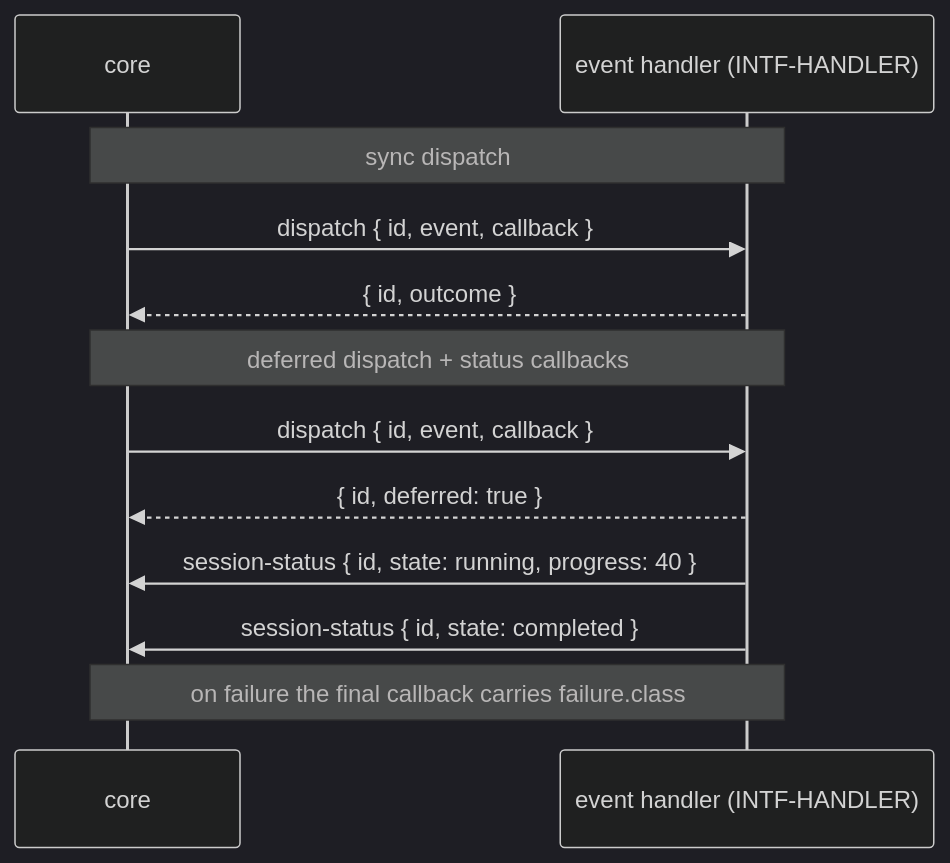
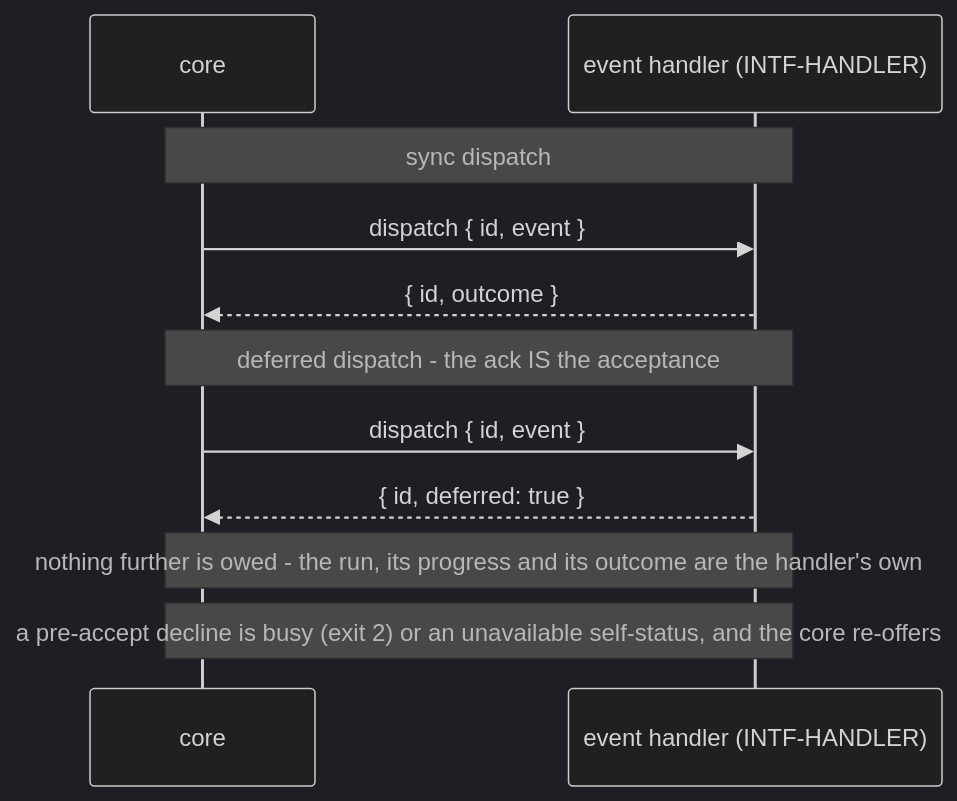
The fourth of 8 diagrams in packages/pr-pool/docs/behavior/interfaces.md (phillipgreenii/nix-agent-support), drawn with Mermaid (dark theme) before and after one commit. The commit also changed other lines of this file and 5 other files, not shown here.

````diff
--- a/packages/pr-pool/docs/behavior/interfaces.md
+++ b/packages/pr-pool/docs/behavior/interfaces.md
@@ -300,14 +306,13 @@
 ```mermaid
 sequenceDiagram
     participant Core as core
     participant H as event handler (INTF-HANDLER)
     Note over Core,H: sync dispatch
-    Core->>H: dispatch { id, event, callback }
+    Core->>H: dispatch { id, event }
     H-->>Core: { id, outcome }
-    Note over Core,H: deferred dispatch + status callbacks
-    Core->>H: dispatch { id, event, callback }
+    Note over Core,H: deferred dispatch - the ack IS the acceptance
+    Core->>H: dispatch { id, event }
     H-->>Core: { id, deferred: true }
-    H->>Core: session-status { id, state: running, progress: 40 }
-    H->>Core: session-status { id, state: completed }
-    Note over Core,H: on failure the final callback carries failure.class
+    Note over Core,H: nothing further is owed - the run, its progress and its outcome are the handler's own
+    Note over Core,H: a pre-accept decline is busy (exit 2) or an unavailable self-status, and the core re-offers
 ```
````
